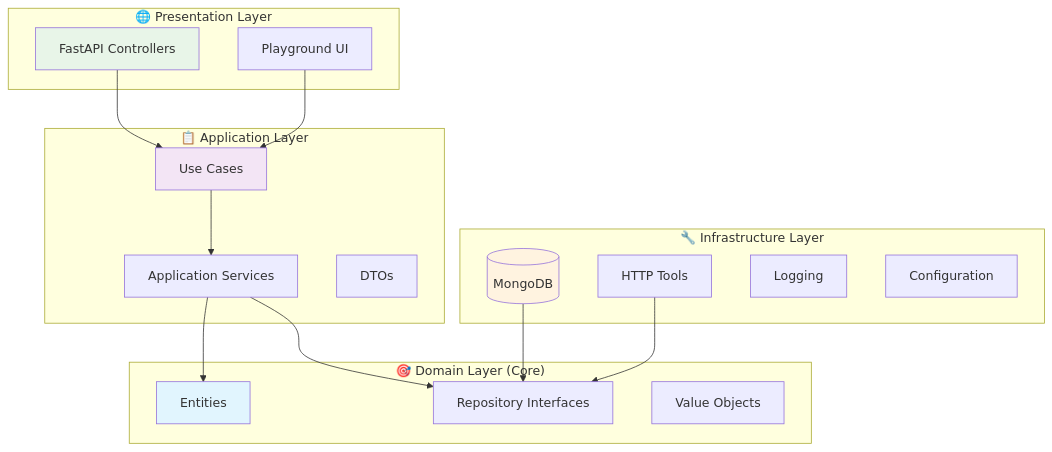
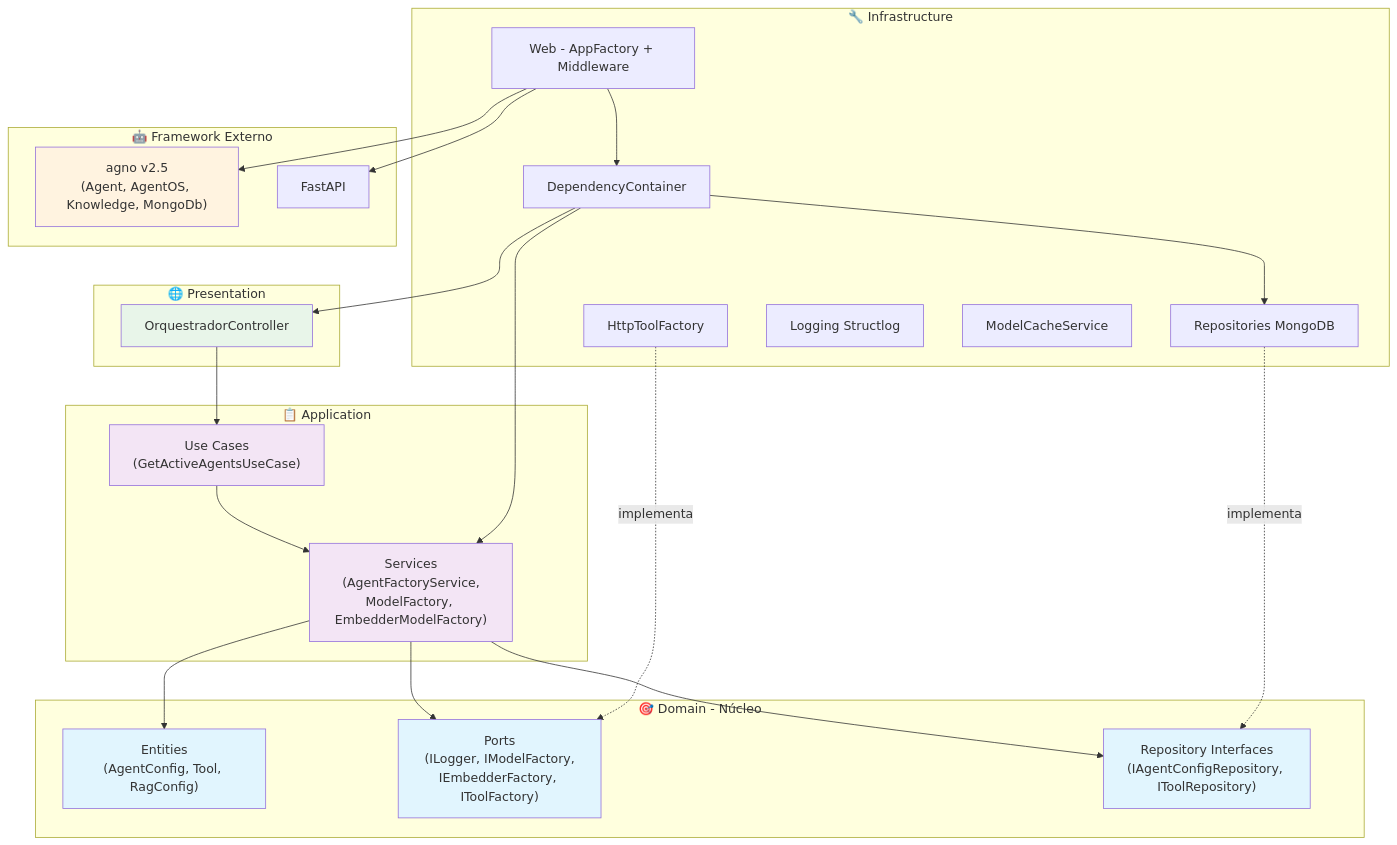
Before and after one commit to Mosfet04/orquestradorIAPythonArgo: the first of 4 diagrams in README.pt-br.md, drawn with Mermaid. The commit also changed other lines of this file and 62 other files, not shown here.

````diff
--- a/README.pt-br.md
+++ b/README.pt-br.md
@@ -50,39 +116,53 @@
 ```mermaid
 graph TB
-    subgraph "🎯 Domain Layer (Core)"
-        E[Entities]
-        R[Repository Interfaces]
-        V[Value Objects]
+    subgraph "🎯 Domain - Núcleo"
+        E["Entities<br/>(AgentConfig, Tool, RagConfig)"]
+        RP["Ports<br/>(ILogger, IModelFactory,<br/>IEmbedderFactory, IToolFactory)"]
+        RI["Repository Interfaces<br/>(IAgentConfigRepository, IToolRepository)"]
     end
-    
-    subgraph "📋 Application Layer"
-        UC[Use Cases]
-        AS[Application Services]
-        D[DTOs]
+
+    subgraph "📋 Application"
+        UC["Use Cases<br/>(GetActiveAgentsUseCase)"]
+        AS["Services<br/>(AgentFactoryService,<br/>ModelFactory, EmbedderModelFactory)"]
     end
-    
-    subgraph "🔧 Infrastructure Layer"
-        DB[(MongoDB)]
-        HTTP[HTTP Tools]
-        LOG[Logging]
-        CONFIG[Configuration]
+
+    subgraph "🔧 Infrastructure"
+        DB["Repositories MongoDB"]
+        WEB["Web - AppFactory + Middleware"]
+        HTTP["HttpToolFactory"]
+        LOG["Logging Structlog"]
+        CACHE["ModelCacheService"]
+        DI["DependencyContainer"]
     end
-    
-    subgraph "🌐 Presentation Layer"
-        API[FastAPI Controllers]
-        PG[Playground UI]
+
+    subgraph "🌐 Presentation"
+        CTRL["OrquestradorController"]
     end
-    
-    API --> UC
-    PG --> UC
+
+    subgraph "🤖 Framework Externo"
+        AGNO["agno v2.5<br/>(Agent, AgentOS, Knowledge, MongoDb)"]
+        FAST["FastAPI"]
+    end
+
+    CTRL --> UC
     UC --> AS
     AS --> E
-    AS --> R
-    DB --> R
-    HTTP --> R
-    
+    AS --> RI
+    AS --> RP
+    DB -.->|implementa| RI
+    HTTP -.->|implementa| RP
+    DI --> CTRL
+    DI --> AS
+    DI --> DB
+    WEB --> DI
+    WEB --> FAST
+    WEB --> AGNO
+
     style E fill:#e1f5fe
+    style RP fill:#e1f5fe
+    style RI fill:#e1f5fe
     style UC fill:#f3e5f5
-    style API fill:#e8f5e8
-    style DB fill:#fff3e0
+    style AS fill:#f3e5f5
+    style CTRL fill:#e8f5e9
+    style AGNO fill:#fff3e0
 ```
````
